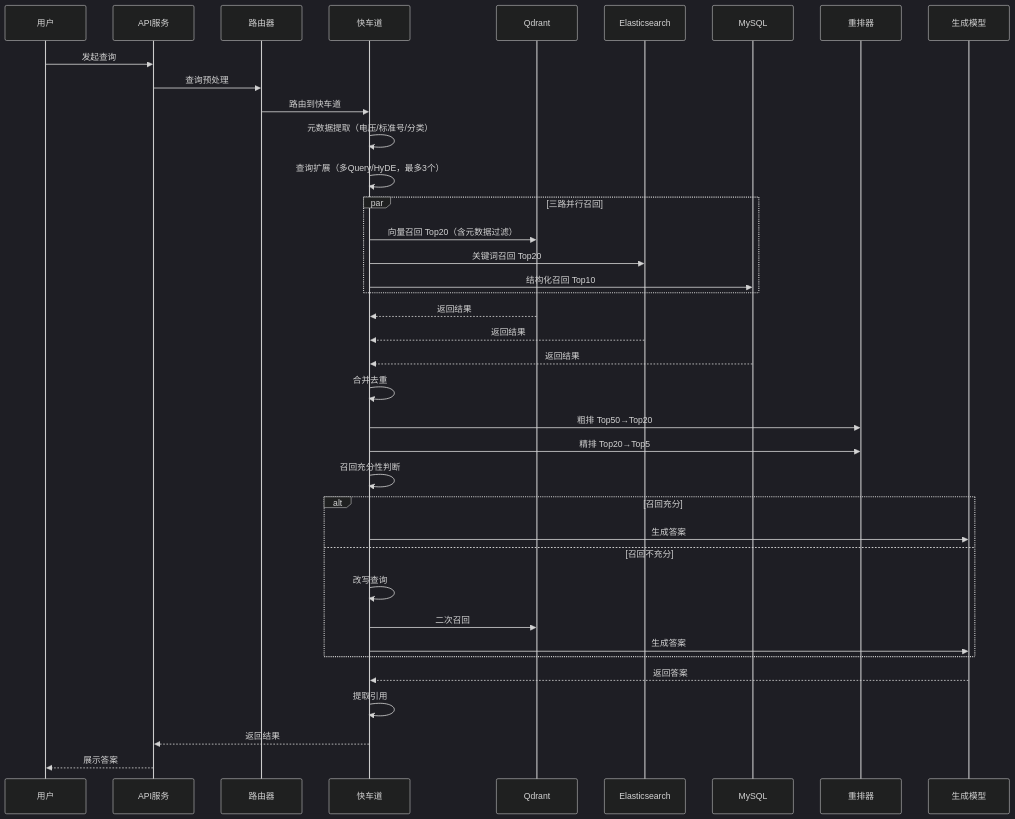
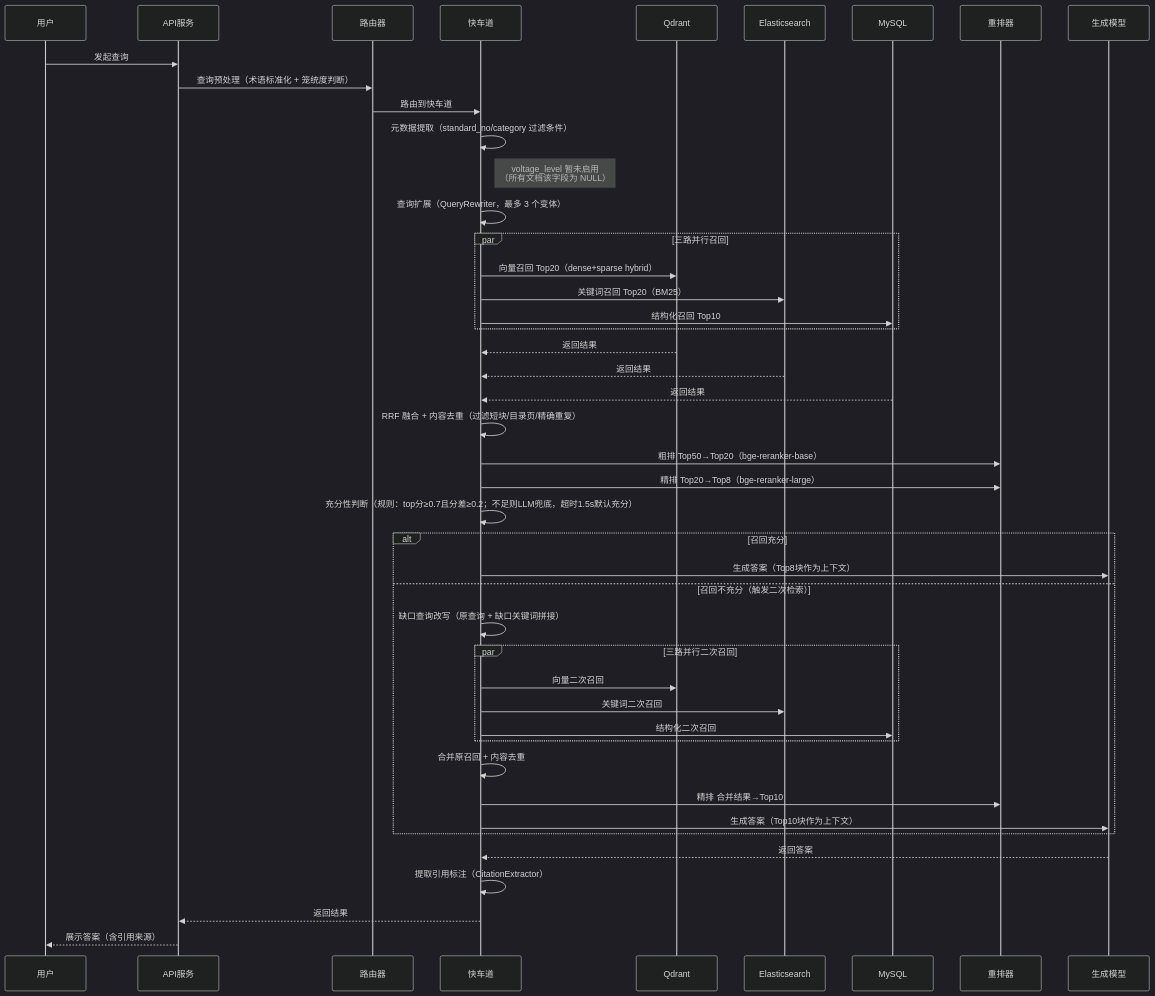
The second of 8 diagrams in docs/architecture/flows/16-业务流程图.md (JohnnyNg10/eletric_rag), drawn with Mermaid (dark theme) before and after one commit. The commit also changed other lines of this file and 44 other files, not shown here.

````diff
--- a/docs/architecture/flows/16-业务流程图.md
+++ b/docs/architecture/flows/16-业务流程图.md
@@ -36,48 +37,55 @@
 ```mermaid
 sequenceDiagram
     participant User as 用户
     participant API as API服务
     participant Router as 路由器
     participant FastLane as 快车道
     participant VectorDB as Qdrant
     participant ES as Elasticsearch
     participant MySQL as MySQL
     participant Reranker as 重排器
     participant LLM as 生成模型
 
     User->>API: 发起查询
-    API->>Router: 查询预处理
+    API->>Router: 查询预处理（术语标准化 + 笼统度判断）
     Router->>FastLane: 路由到快车道
-    
-    FastLane->>FastLane: 元数据提取（电压/标准号/分类）
-    FastLane->>FastLane: 查询扩展（多Query/HyDE，最多3个）
-    
+
+    FastLane->>FastLane: 元数据提取（standard_no/category 过滤条件）
+    Note right of FastLane: voltage_level 暂未启用<br/>（所有文档该字段为 NULL）
+    FastLane->>FastLane: 查询扩展（QueryRewriter，最多 3 个变体）
+
     par 三路并行召回
-        FastLane->>VectorDB: 向量召回 Top20（含元数据过滤）
-        FastLane->>ES: 关键词召回 Top20
+        FastLane->>VectorDB: 向量召回 Top20（dense+sparse hybrid）
+        FastLane->>ES: 关键词召回 Top20（BM25）
         FastLane->>MySQL: 结构化召回 Top10
     end
-    
+
     VectorDB-->>FastLane: 返回结果
     ES-->>FastLane: 返回结果
     MySQL-->>FastLane: 返回结果
-    
-    FastLane->>FastLane: 合并去重
-    FastLane->>Reranker: 粗排 Top50→Top20
-    FastLane->>Reranker: 精排 Top20→Top5
-    
-    FastLane->>FastLane: 召回充分性判断
-    
+
+    FastLane->>FastLane: RRF 融合 + 内容去重（过滤短块/目录页/精确重复）
+    FastLane->>Reranker: 粗排 Top50→Top20（bge-reranker-base）
+    FastLane->>Reranker: 精排 Top20→Top8（bge-reranker-large）
+
+    FastLane->>FastLane: 充分性判断（规则：top分≥0.7且分差≥0.2；不足则LLM兜底，超时1.5s默认充分）
+
     alt 召回充分
-        FastLane->>LLM: 生成答案
-    else 召回不充分
-        FastLane->>FastLane: 改写查询
-        FastLane->>VectorDB: 二次召回
-        FastLane->>LLM: 生成答案
+        FastLane->>LLM: 生成答案（Top8块作为上下文）
+    else 召回不充分（触发二次检索）
+        FastLane->>FastLane: 缺口查询改写（原查询 + 缺口关键词拼接）
+        par 三路并行二次召回
+            FastLane->>VectorDB: 向量二次召回
+            FastLane->>ES: 关键词二次召回
+            FastLane->>MySQL: 结构化二次召回
+        end
+        FastLane->>FastLane: 合并原召回 + 内容去重
+        FastLane->>Reranker: 精排 合并结果→Top10
+        FastLane->>LLM: 生成答案（Top10块作为上下文）
     end
-    
+
     LLM-->>FastLane: 返回答案
-    FastLane->>FastLane: 提取引用
+    FastLane->>FastLane: 提取引用标注（CitationExtractor）
     FastLane-->>API: 返回结果
-    API-->>User: 展示答案
+    API-->>User: 展示答案（含引用来源）
 ```
````
